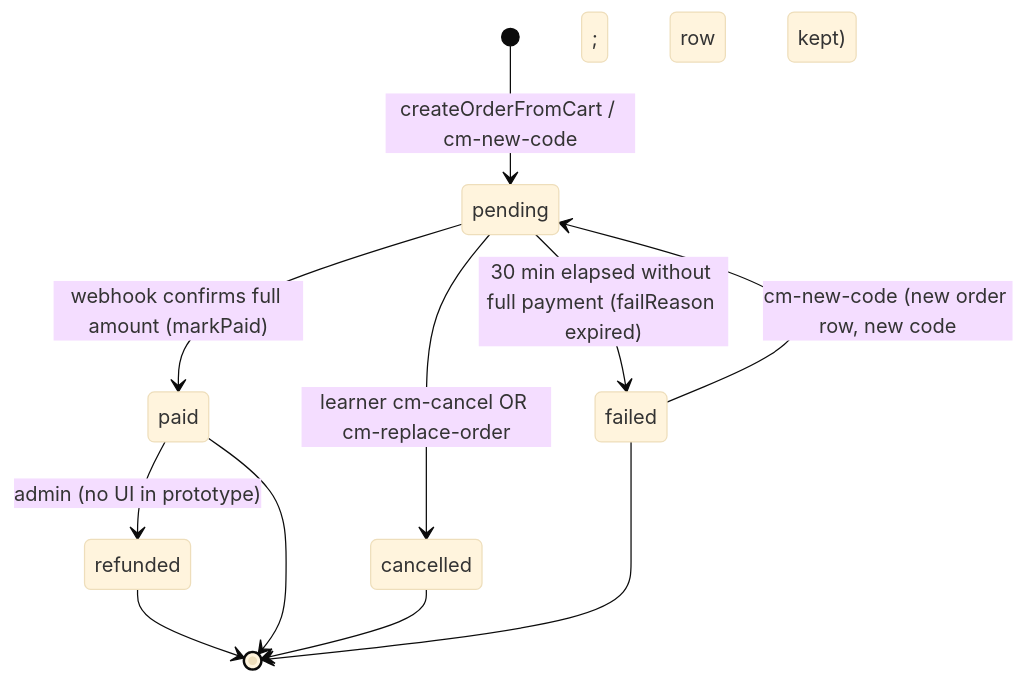
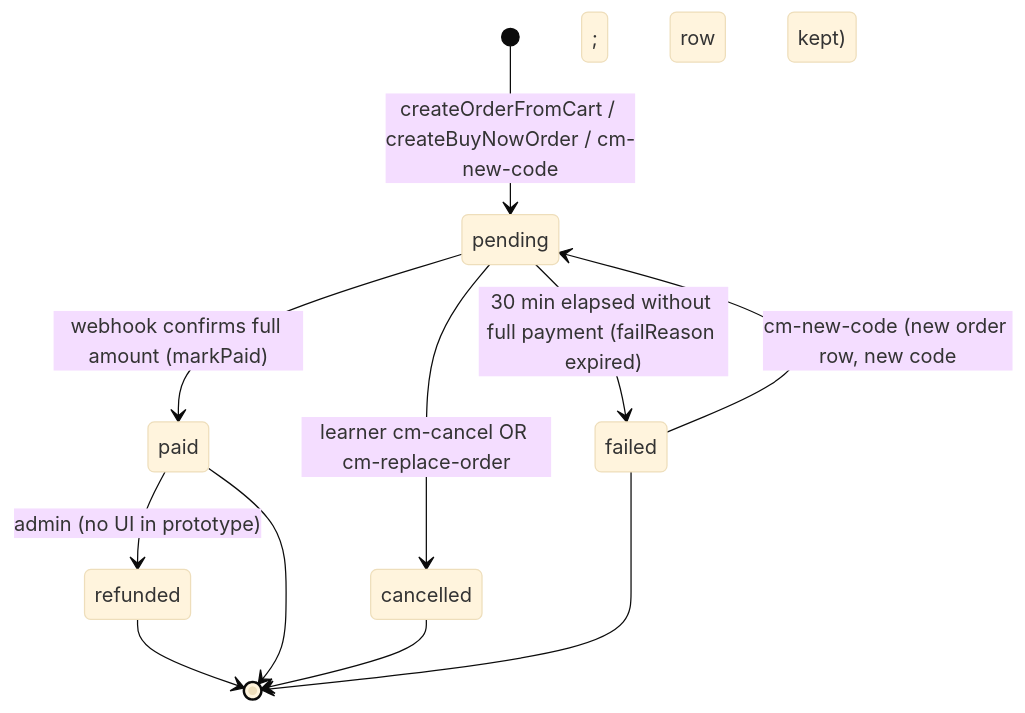
Before and after one commit to blu1606/Codi: the fourth of 23 diagrams in docs/mockup/STATE-MACHINES.md, drawn with Mermaid (base theme). The commit also changed other lines of this file and 4 other files, not shown here.

First line of the commit message:
docs(mockup): apply product decisions on expiry, buy-now, quiz pass, deactivation

````diff
--- a/docs/mockup/STATE-MACHINES.md
+++ b/docs/mockup/STATE-MACHINES.md
@@ -202,13 +202,13 @@
 ```mermaid
 stateDiagram-v2
-    [*] --> pending: createOrderFromCart / cm-new-code
+    [*] --> pending: createOrderFromCart / createBuyNowOrder / cm-new-code
     pending --> paid: webhook confirms full amount (markPaid)
     pending --> failed: 30 min elapsed without full payment (failReason expired)
     pending --> cancelled: learner cm-cancel OR cm-replace-order
     failed --> pending: cm-new-code (new order row, new code; failed row kept)
     paid --> refunded: admin (no UI in prototype)
     refunded --> [*]
     paid --> [*]
     cancelled --> [*]
     failed --> [*]
 ```
````
